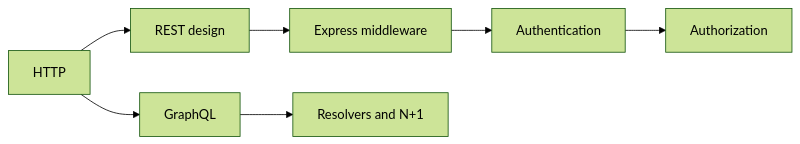
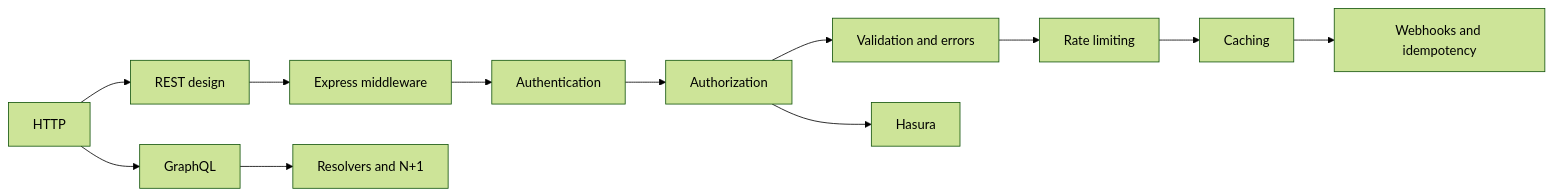
Before and after one commit to starjustice/research-material: the diagram in learn/backend-api/README.md, drawn with Mermaid (forest theme). The commit also changed other lines of this file and 37 other files, not shown here.

````diff
--- a/learn/backend-api/README.md
+++ b/learn/backend-api/README.md
@@ -11,9 +11,14 @@
 ```mermaid
 graph LR
     A["HTTP"] --> B["REST design"]
     A --> C["GraphQL"]
     B --> D["Express middleware"]
     D --> E["Authentication"]
     E --> F["Authorization"]
     C --> G["Resolvers and N+1"]
+    F --> H["Validation and errors"]
+    H --> I["Rate limiting"]
+    I --> J["Caching"]
+    J --> K["Webhooks and idempotency"]
+    F --> L["Hasura"]
 ```
````
